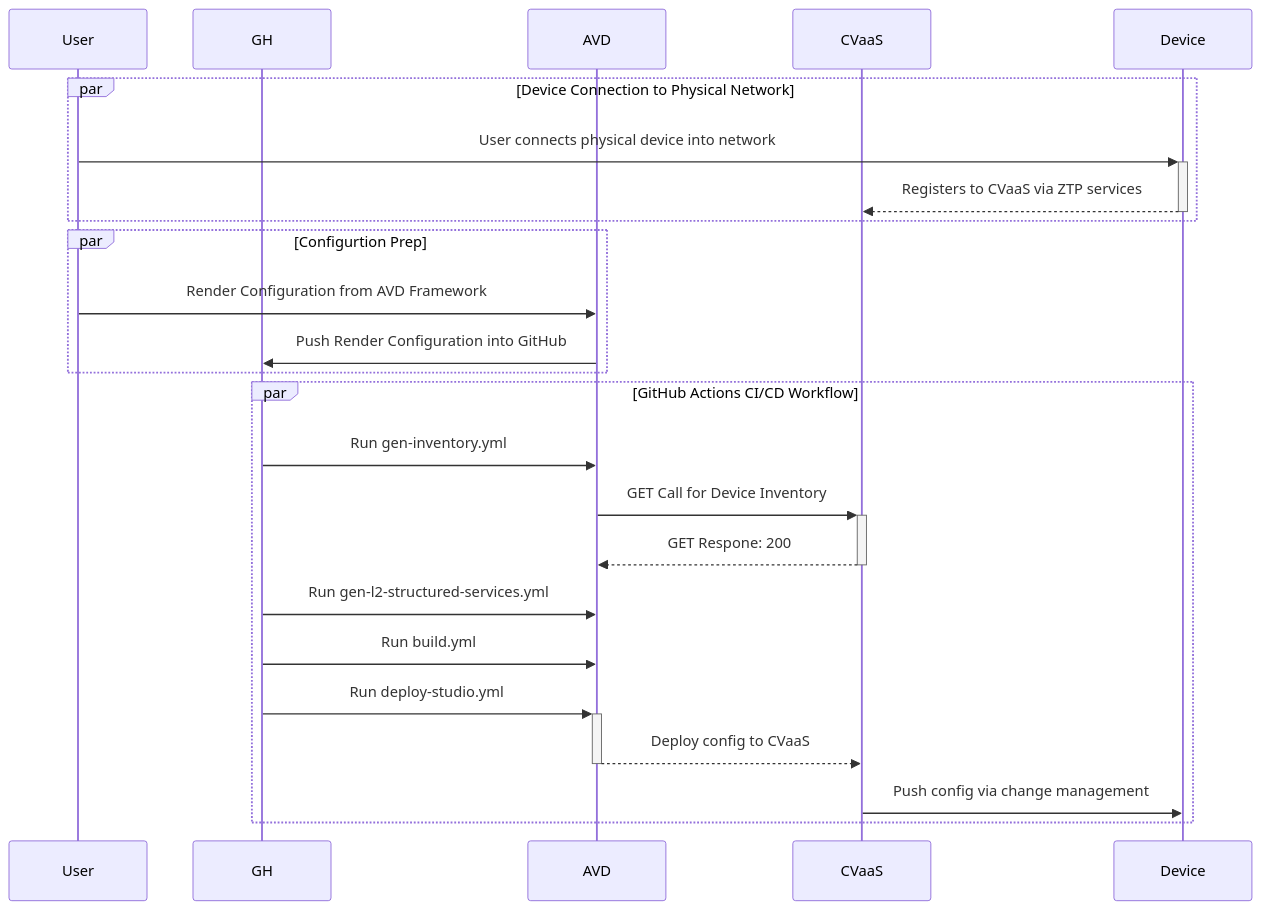
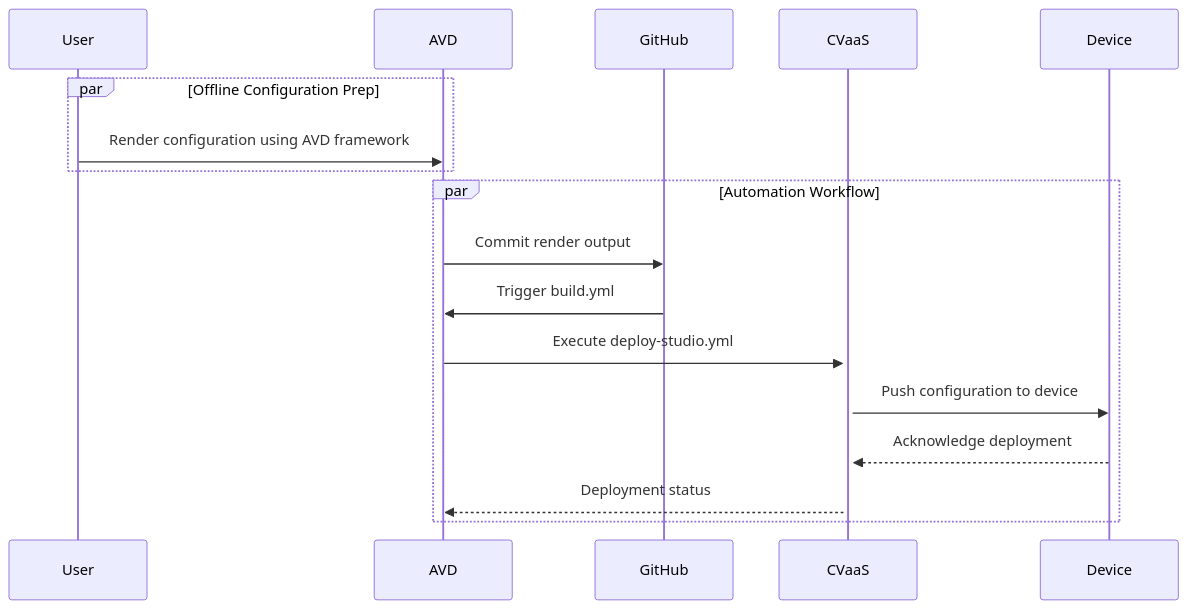
The first of 2 diagrams in README.md (arista-ce-southwest/avd-campus-networking-event-demo), drawn with Mermaid before and after one commit. The commit also changed other lines of this file, not shown here.

````diff
--- a/README.md
+++ b/README.md
@@ -5,27 +9,21 @@
 ```mermaid
 sequenceDiagram
   participant User
-  participant GH
   participant AVD
+  participant GH as GitHub
   participant CVaaS
   participant Device
   
-  par Device Connection to Physical Network
-    User->>+Device: User connects physical device into network
-    Device-->>-CVaaS: Registers to CVaaS via ZTP services
+  par Offline Configuration Prep
+    User->>AVD: Render configuration using AVD framework
   end
-  par Configurtion Prep 
-    User->>AVD: Render Configuration from AVD Framework
-    AVD->>GH: Push Render Configuration into GitHub
+  par Automation Workflow
+    AVD->>GH: Commit render output
+    GH->>AVD: Trigger build.yml
+    AVD->>+CVaaS: Execute deploy-studio.yml
+    CVaaS->>Device: Push configuration to device
+    Device-->>CVaaS: Acknowledge deployment
+    CVaaS-->>AVD: Deployment status
   end
-  par GitHub Actions CI/CD Workflow
-    GH->>AVD: Run gen-inventory.yml
-    AVD->>+CVaaS: GET Call for Device Inventory
-    CVaaS-->>-AVD: GET Respone: 200
-    GH->>AVD: Run gen-l2-structured-services.yml
-    GH->>AVD: Run build.yml
-    GH->>+AVD: Run deploy-studio.yml
-    AVD-->>-CVaaS: Deploy config to CVaaS
-    CVaaS->>Device: Push config via change management
-  end
+  
 ```
````
